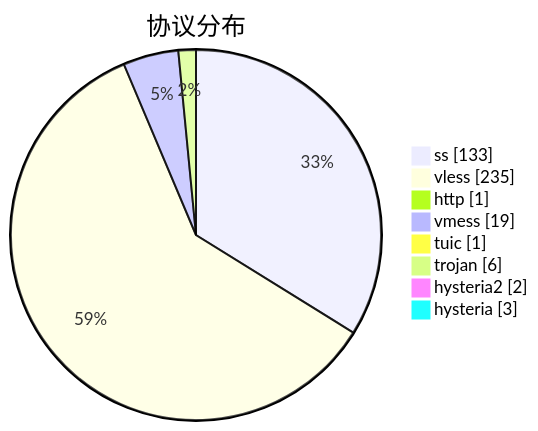
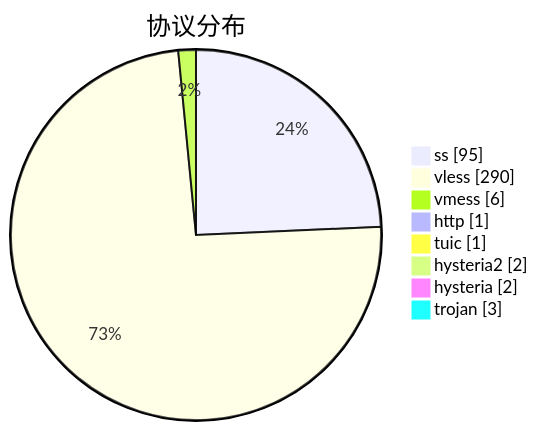
Before and after one commit to qjlxg/airport: the third of 3 diagrams in subs/statistics/tested_within.md, drawn with Mermaid. The commit also changed other lines of this file and 2 other files, not shown here.

````diff
--- a/subs/statistics/tested_within.md
+++ b/subs/statistics/tested_within.md
@@ -29,12 +28,12 @@
 ```mermaid
 pie showData
 title 协议分布
-"ss" : 133
-"vless" : 235
+"ss" : 95
+"vless" : 290
+"vmess" : 6
 "http" : 1
-"vmess" : 19
 "tuic" : 1
-"trojan" : 6
 "hysteria2" : 2
-"hysteria" : 3
+"hysteria" : 2
+"trojan" : 3
 ```
````
